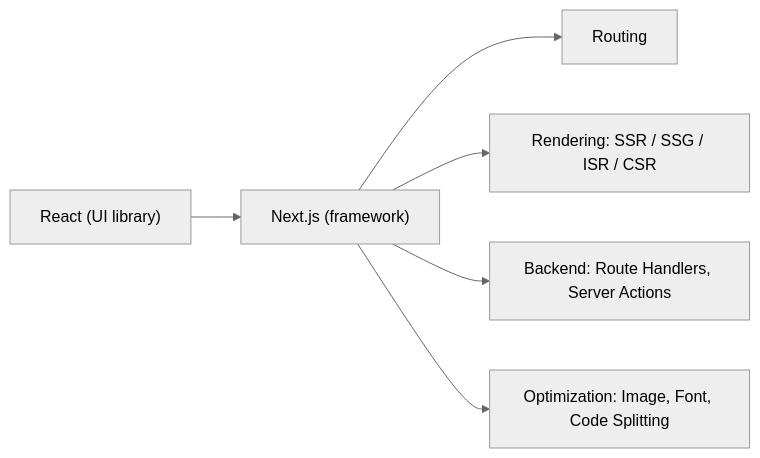
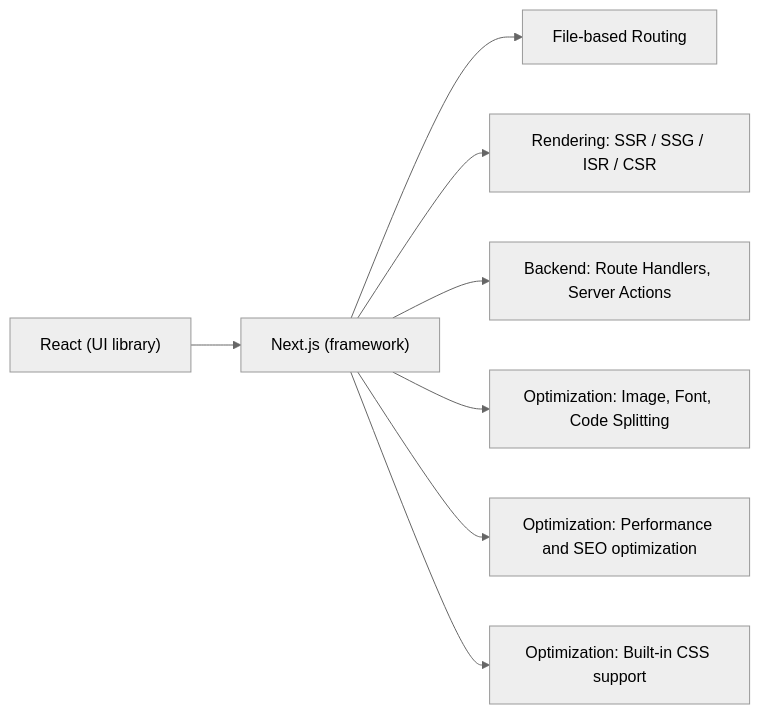
The diagram in docs-site/notes/10-nextjs/level-1/01-what-is-next-js.md (muzammil328/Interview-Preparation), drawn with Mermaid (neutral theme) before and after one commit. The commit also changed other lines of this file and 2 other files, not shown here.

````diff
--- a/docs-site/notes/10-nextjs/level-1/01-what-is-next-js.md
+++ b/docs-site/notes/10-nextjs/level-1/01-what-is-next-js.md
@@ -23,8 +12,10 @@
 ```mermaid
 flowchart LR
     R["React (UI library)"] --> N["Next.js (framework)"]
-    N --> A["Routing"]
+    N --> A["File-based Routing"]
     N --> B["Rendering: SSR / SSG / ISR / CSR"]
     N --> C["Backend: Route Handlers, Server Actions"]
     N --> D["Optimization: Image, Font, Code Splitting"]
+    N --> E["Optimization: Performance and SEO optimization"]
+    N --> F["Optimization: Built-in CSS support"]
 ```
````
